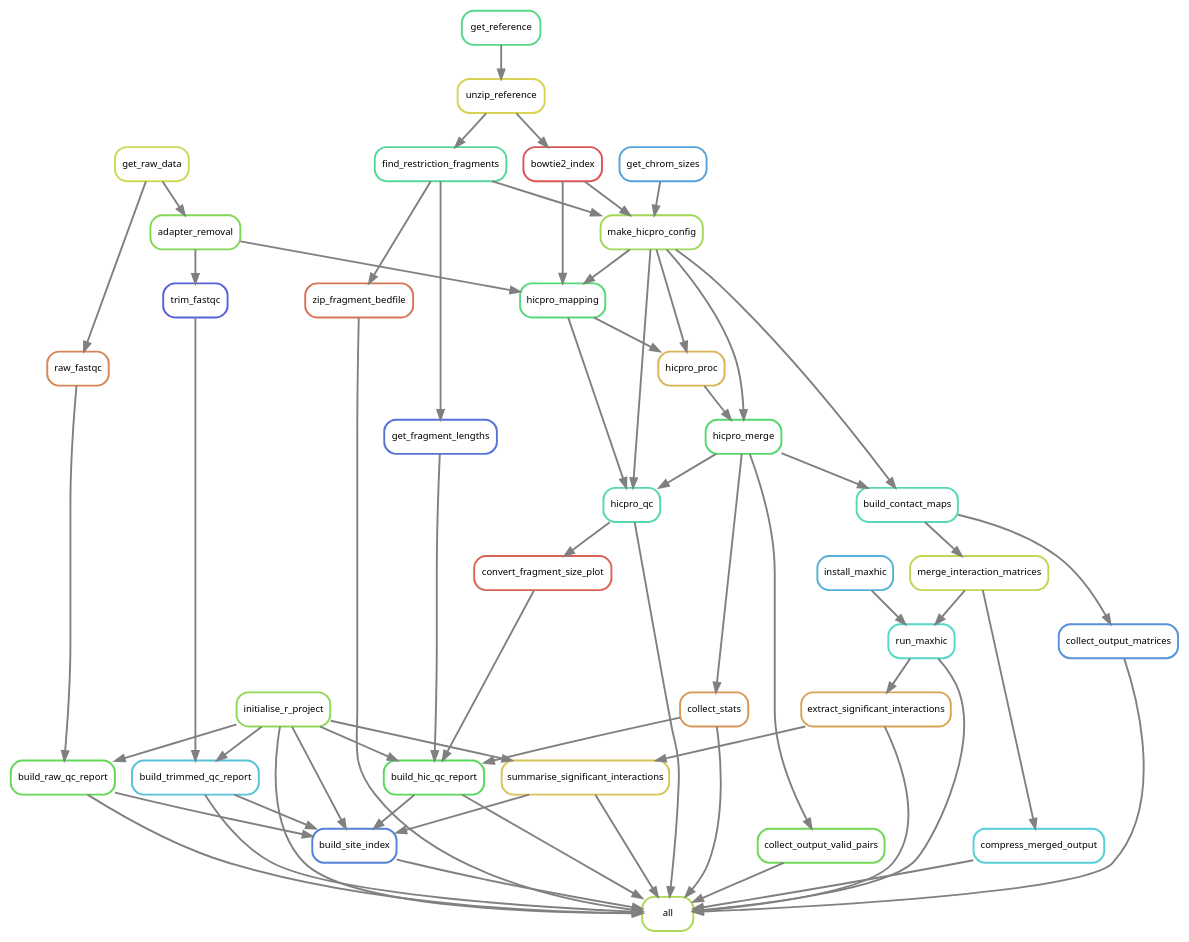
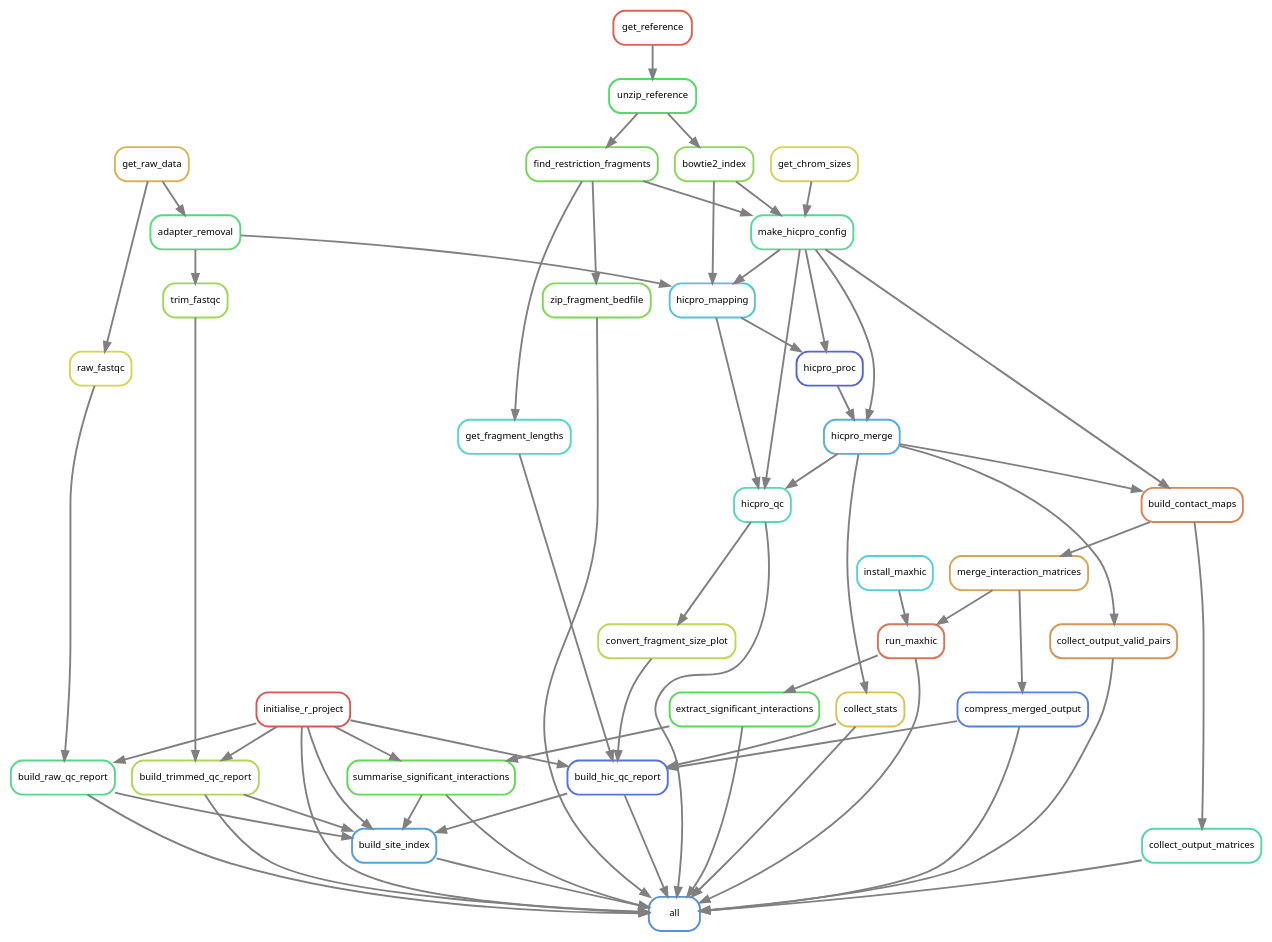
Before and after one commit to DRMCRL/ENCODE_T47D_HiC_ENCSR549MGQ: the diagram in rules/rulegraph.dot, drawn with Graphviz. The commit also changed 26 other files, not shown here.

```diff
--- a/rules/rulegraph.dot
+++ b/rules/rulegraph.dot
@@ -1,99 +1,100 @@
 digraph snakemake_dag {
     graph[bgcolor=white, margin=0];
     node[shape=box, style=rounded, fontname=sans,                 fontsize=10, penwidth=2];
     edge[penwidth=2, color=grey];
-	0[label = "all", color = "0.22 0.6 0.85", style="rounded"];
-	1[label = "zip_fragment_bedfile", color = "0.04 0.6 0.85", style="rounded"];
-	2[label = "find_restriction_fragments", color = "0.42 0.6 0.85", style="rounded"];
-	3[label = "unzip_reference", color = "0.16 0.6 0.85", style="rounded"];
-	4[label = "get_reference", color = "0.40 0.6 0.85", style="rounded"];
-	5[label = "compress_merged_output", color = "0.51 0.6 0.85", style="rounded"];
-	6[label = "merge_interaction_matrices", color = "0.20 0.6 0.85", style="rounded"];
-	7[label = "build_contact_maps", color = "0.46 0.6 0.85", style="rounded"];
-	8[label = "make_hicpro_config", color = "0.24 0.6 0.85", style="rounded"];
-	9[label = "bowtie2_index", color = "0.00 0.6 0.85", style="rounded"];
-	10[label = "get_chrom_sizes", color = "0.57 0.6 0.85", style="rounded"];
-	11[label = "hicpro_merge", color = "0.36 0.6 0.85", style="rounded"];
-	12[label = "hicpro_proc", color = "0.12 0.6 0.85", style="rounded"];
-	13[label = "hicpro_mapping", color = "0.38 0.6 0.85", style="rounded"];
-	14[label = "adapter_removal", color = "0.28 0.6 0.85", style="rounded"];
-	15[label = "get_raw_data", color = "0.18 0.6 0.85", style="rounded"];
-	16[label = "collect_output_valid_pairs", color = "0.30 0.6 0.85", style="rounded"];
-	17[label = "collect_output_matrices", color = "0.59 0.6 0.85", style="rounded"];
-	18[label = "collect_stats", color = "0.08 0.6 0.85", style="rounded"];
-	19[label = "hicpro_qc", color = "0.44 0.6 0.85", style="rounded"];
-	20[label = "run_maxhic", color = "0.48 0.6 0.85", style="rounded"];
-	21[label = "install_maxhic", color = "0.55 0.6 0.85", style="rounded"];
-	22[label = "extract_significant_interactions", color = "0.10 0.6 0.85", style="rounded"];
-	23[label = "initialise_r_project", color = "0.26 0.6 0.85", style="rounded"];
-	24[label = "build_site_index", color = "0.61 0.6 0.85", style="rounded"];
-	25[label = "build_raw_qc_report", color = "0.32 0.6 0.85", style="rounded"];
-	26[label = "raw_fastqc", color = "0.06 0.6 0.85", style="rounded"];
-	27[label = "build_trimmed_qc_report", color = "0.53 0.6 0.85", style="rounded"];
-	28[label = "trim_fastqc", color = "0.65 0.6 0.85", style="rounded"];
-	29[label = "build_hic_qc_report", color = "0.34 0.6 0.85", style="rounded"];
-	30[label = "get_fragment_lengths", color = "0.63 0.6 0.85", style="rounded"];
-	31[label = "convert_fragment_size_plot", color = "0.02 0.6 0.85", style="rounded"];
-	32[label = "summarise_significant_interactions", color = "0.14 0.6 0.85", style="rounded"];
+	0[label = "all", color = "0.59 0.6 0.85", style="rounded"];
+	1[label = "zip_fragment_bedfile", color = "0.28 0.6 0.85", style="rounded"];
+	2[label = "find_restriction_fragments", color = "0.30 0.6 0.85", style="rounded"];
+	3[label = "unzip_reference", color = "0.36 0.6 0.85", style="rounded"];
+	4[label = "get_reference", color = "0.02 0.6 0.85", style="rounded"];
+	5[label = "compress_merged_output", color = "0.61 0.6 0.85", style="rounded"];
+	6[label = "merge_interaction_matrices", color = "0.10 0.6 0.85", style="rounded"];
+	7[label = "build_contact_maps", color = "0.06 0.6 0.85", style="rounded"];
+	8[label = "make_hicpro_config", color = "0.42 0.6 0.85", style="rounded"];
+	9[label = "bowtie2_index", color = "0.26 0.6 0.85", style="rounded"];
+	10[label = "get_chrom_sizes", color = "0.16 0.6 0.85", style="rounded"];
+	11[label = "hicpro_merge", color = "0.55 0.6 0.85", style="rounded"];
+	12[label = "hicpro_proc", color = "0.65 0.6 0.85", style="rounded"];
+	13[label = "hicpro_mapping", color = "0.53 0.6 0.85", style="rounded"];
+	14[label = "adapter_removal", color = "0.38 0.6 0.85", style="rounded"];
+	15[label = "get_raw_data", color = "0.12 0.6 0.85", style="rounded"];
+	16[label = "collect_output_valid_pairs", color = "0.08 0.6 0.85", style="rounded"];
+	17[label = "collect_output_matrices", color = "0.44 0.6 0.85", style="rounded"];
+	18[label = "collect_stats", color = "0.14 0.6 0.85", style="rounded"];
+	19[label = "hicpro_qc", color = "0.46 0.6 0.85", style="rounded"];
+	20[label = "run_maxhic", color = "0.04 0.6 0.85", style="rounded"];
+	21[label = "install_maxhic", color = "0.51 0.6 0.85", style="rounded"];
+	22[label = "extract_significant_interactions", color = "0.34 0.6 0.85", style="rounded"];
+	23[label = "initialise_r_project", color = "0.00 0.6 0.85", style="rounded"];
+	24[label = "build_site_index", color = "0.57 0.6 0.85", style="rounded"];
+	25[label = "build_raw_qc_report", color = "0.40 0.6 0.85", style="rounded"];
+	26[label = "raw_fastqc", color = "0.18 0.6 0.85", style="rounded"];
+	27[label = "build_trimmed_qc_report", color = "0.22 0.6 0.85", style="rounded"];
+	28[label = "trim_fastqc", color = "0.24 0.6 0.85", style="rounded"];
+	29[label = "build_hic_qc_report", color = "0.63 0.6 0.85", style="rounded"];
+	30[label = "get_fragment_lengths", color = "0.48 0.6 0.85", style="rounded"];
+	31[label = "convert_fragment_size_plot", color = "0.20 0.6 0.85", style="rounded"];
+	32[label = "summarise_significant_interactions", color = "0.32 0.6 0.85", style="rounded"];
+	22 -> 0
+	23 -> 0
+	20 -> 0
+	32 -> 0
+	16 -> 0
+	25 -> 0
+	27 -> 0
+	17 -> 0
+	18 -> 0
+	24 -> 0
+	5 -> 0
 	1 -> 0
-	16 -> 0
-	17 -> 0
-	20 -> 0
-	5 -> 0
-	18 -> 0
-	22 -> 0
-	24 -> 0
-	25 -> 0
 	29 -> 0
-	32 -> 0
-	27 -> 0
 	19 -> 0
-	23 -> 0
 	2 -> 1
 	3 -> 2
 	4 -> 3
 	6 -> 5
 	7 -> 6
 	8 -> 7
 	11 -> 7
 	9 -> 8
 	2 -> 8
 	10 -> 8
 	3 -> 9
 	8 -> 11
 	12 -> 11
 	8 -> 12
 	13 -> 12
+	8 -> 13
 	9 -> 13
-	8 -> 13
 	14 -> 13
 	15 -> 14
 	11 -> 16
 	7 -> 17
 	11 -> 18
 	8 -> 19
+	13 -> 19
 	11 -> 19
-	13 -> 19
+	21 -> 20
 	6 -> 20
-	21 -> 20
 	20 -> 22
+	23 -> 24
 	25 -> 24
+	27 -> 24
+	32 -> 24
 	29 -> 24
-	32 -> 24
-	27 -> 24
-	23 -> 24
 	23 -> 25
 	26 -> 25
 	15 -> 26
 	23 -> 27
 	28 -> 27
 	14 -> 28
+	23 -> 29
+	30 -> 29
 	31 -> 29
-	23 -> 29
 	18 -> 29
-	30 -> 29
+	5 -> 29
 	2 -> 30
 	19 -> 31
+	22 -> 32
 	23 -> 32
-	22 -> 32
 }            
```
